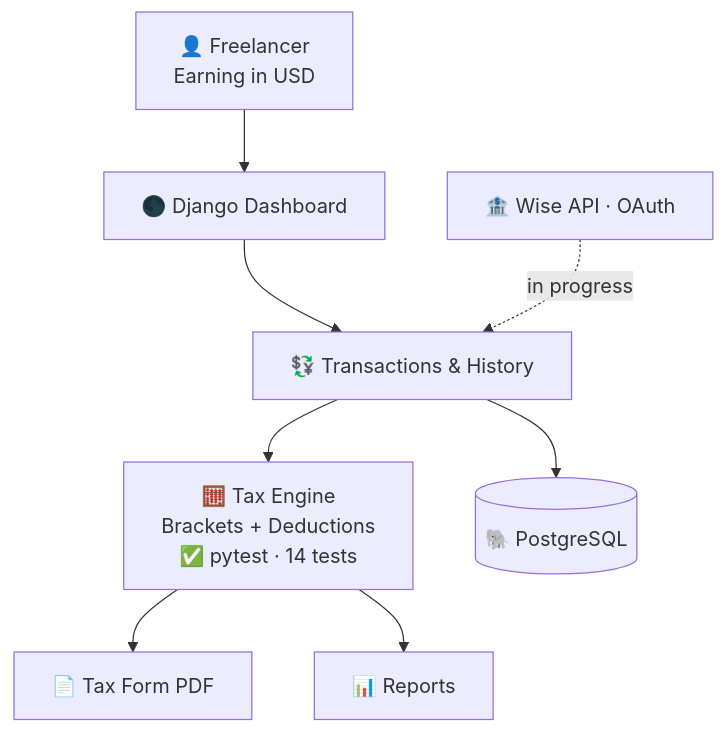
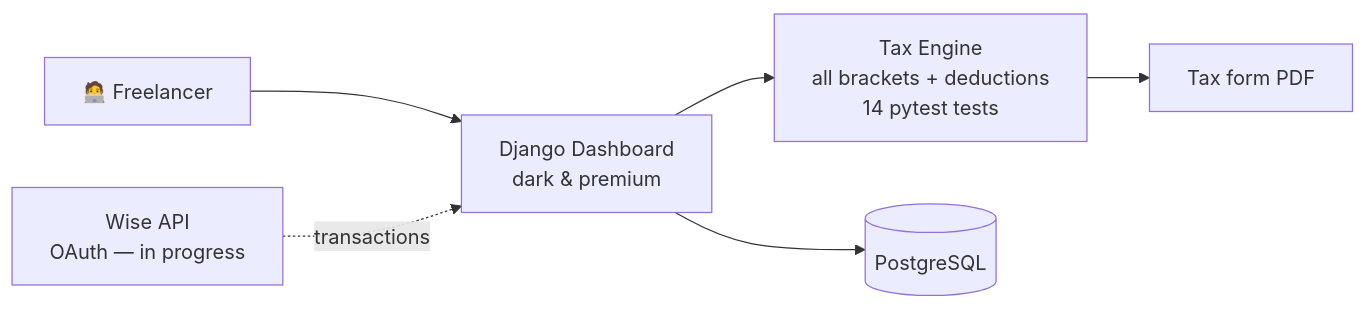
The fourth of 10 diagrams in README.md (willgouveiaa/willgouveiaa), drawn with Mermaid before and after one commit. The commit also changed other lines of this file, not shown here.

First line of the commit message:
Revise architecture diagrams and project details

````diff
--- a/README.md
+++ b/README.md
@@ -139,10 +134,8 @@
 ```mermaid
-flowchart TD
-    U["👤 Freelancer<br/>Earning in USD"] --> DB["🌑 Django Dashboard"]
-    DB --> TX["💱 Transactions & History"]
-    TX --> ENG["🧮 Tax Engine<br/>Brackets + Deductions<br/>✅ pytest · 14 tests"]
-    ENG --> PDF["📄 Tax Form PDF"]
-    ENG --> REP["📊 Reports"]
-    TX --> PG[("🐘 PostgreSQL")]
-    WISE["🏦 Wise API · OAuth"] -. in progress .-> TX
+flowchart LR
+    U["🧑‍💻 Freelancer"] --> DASH["Django Dashboard<br/>dark & premium"]
+    W["Wise API<br/>OAuth — in progress"] -.->|transactions| DASH
+    DASH --> TAX["Tax Engine<br/>all brackets + deductions<br/>14 pytest tests"]
+    TAX --> PDF["Tax form PDF"]
+    DASH --> PG[(PostgreSQL)]
 ```
````
